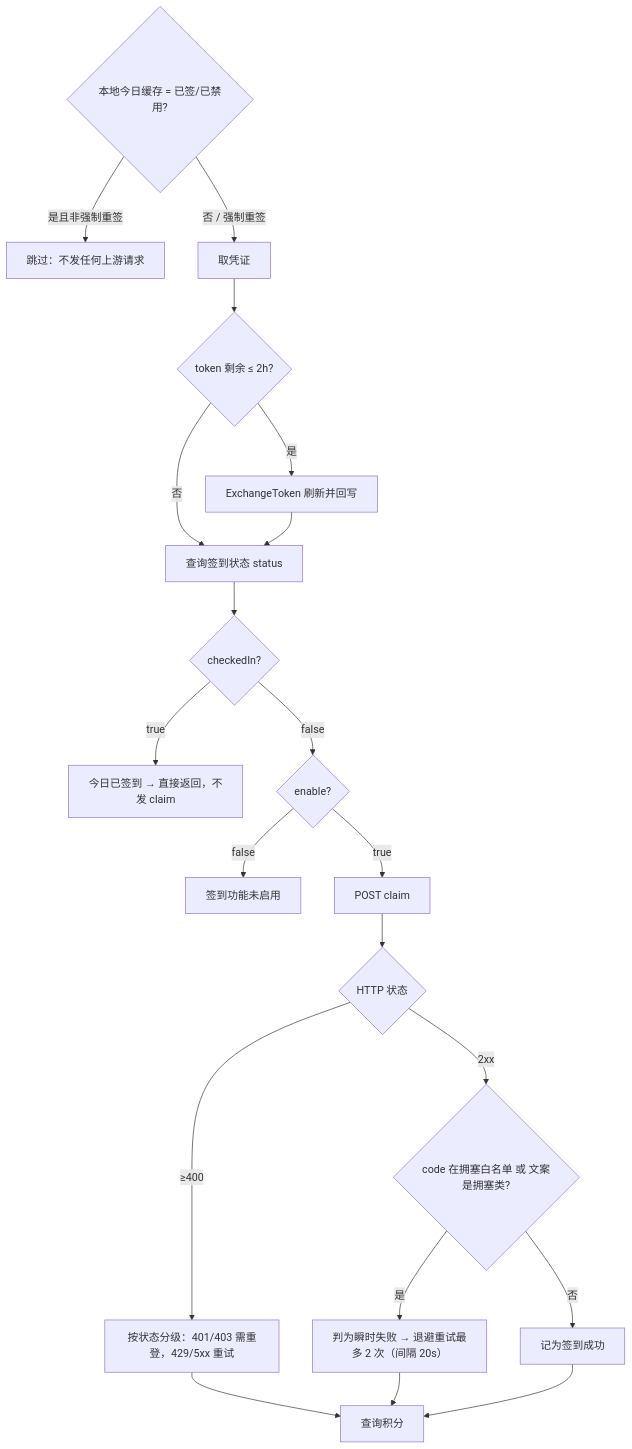
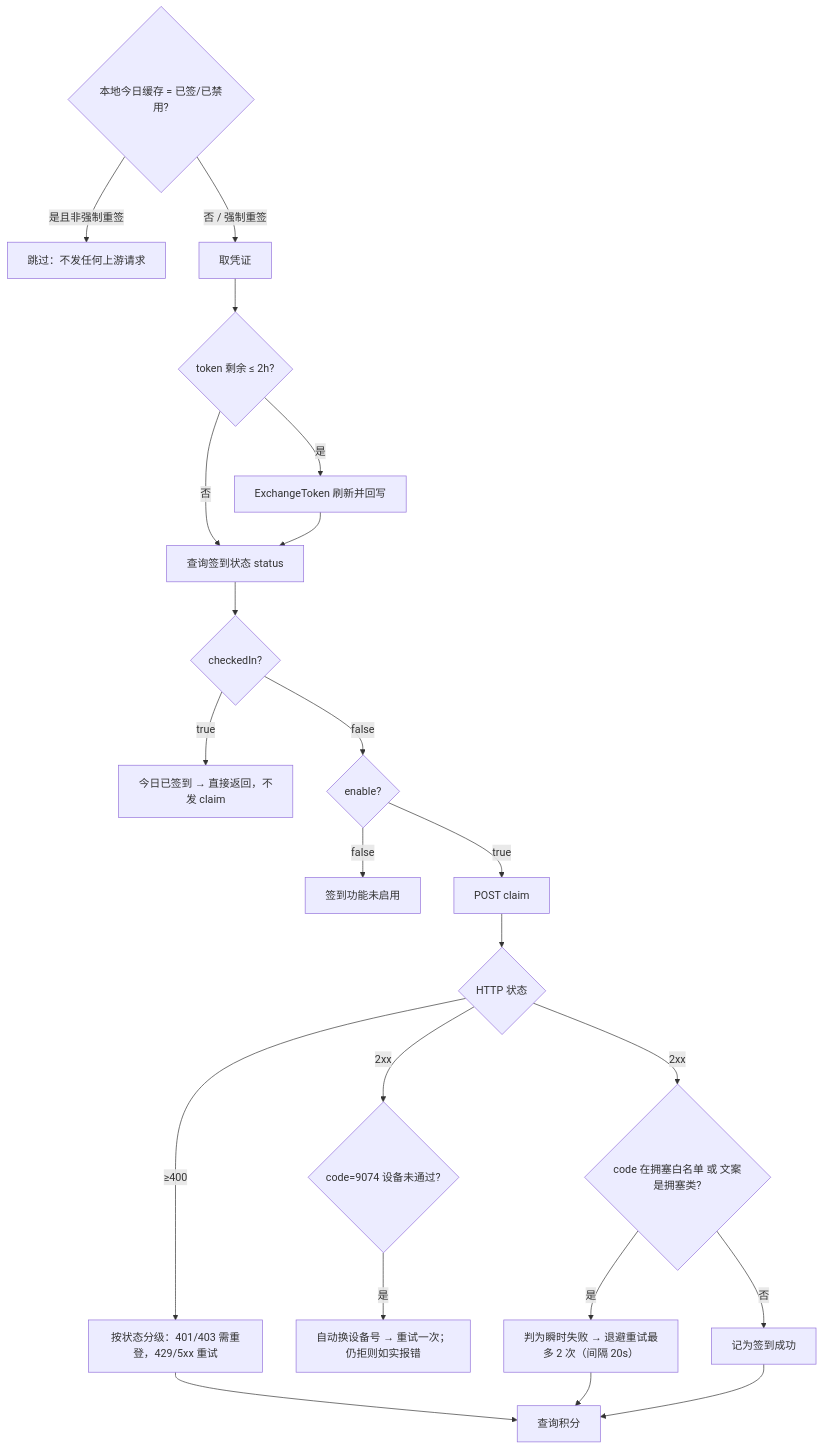
The diagram in TROUBLESHOOTING.md (xiaoyinge/trae-signin-gui), drawn with Mermaid before and after one commit. The commit also changed other lines of this file and 23 other files, not shown here.

````diff
--- a/TROUBLESHOOTING.md
+++ b/TROUBLESHOOTING.md
@@ -191,22 +210,24 @@
 ```mermaid
 flowchart TD
     S{本地今日缓存 = 已签/已禁用?} -->|是且非强制重签| SKIP[跳过：不发任何上游请求]
     S -->|否 / 强制重签| A[取凭证]
     A --> B{token 剩余 ≤ 2h?}
     B -->|是| C[ExchangeToken 刷新并回写]
     B -->|否| D
     C --> D[查询签到状态 status]
     D --> E{checkedIn?}
     E -->|true| F[今日已签到 → 直接返回，不发 claim]
     E -->|false| G{enable?}
     G -->|false| H[签到功能未启用]
     G -->|true| I[POST claim]
     I --> J{HTTP 状态}
     J -->|≥400| K[按状态分级：401/403 需重登，429/5xx 重试]
+    J -->|2xx| R{code=9074 设备未通过?}
+    R -->|是| R2[自动换设备号 → 重试一次；仍拒则如实报错]
     J -->|2xx| L{code 在拥塞白名单 或 文案是拥塞类?}
     L -->|是| M[判为瞬时失败 → 退避重试最多 2 次（间隔 20s）]
     L -->|否| N[记为签到成功]
     K --> O[查询积分]
     M --> O
     N --> O
 ```
````
